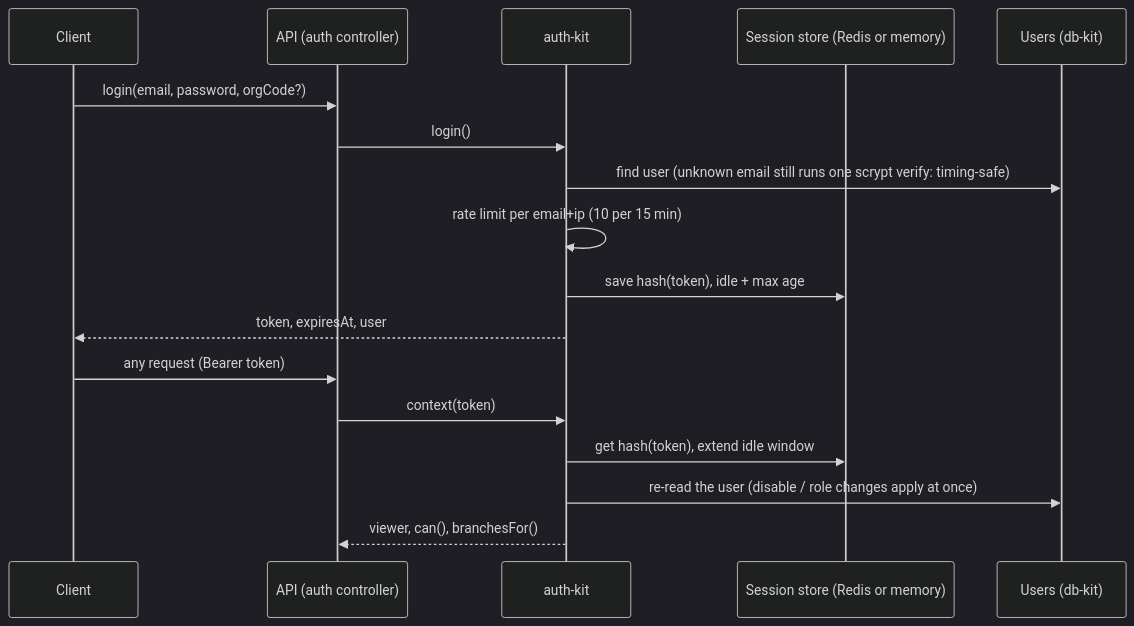
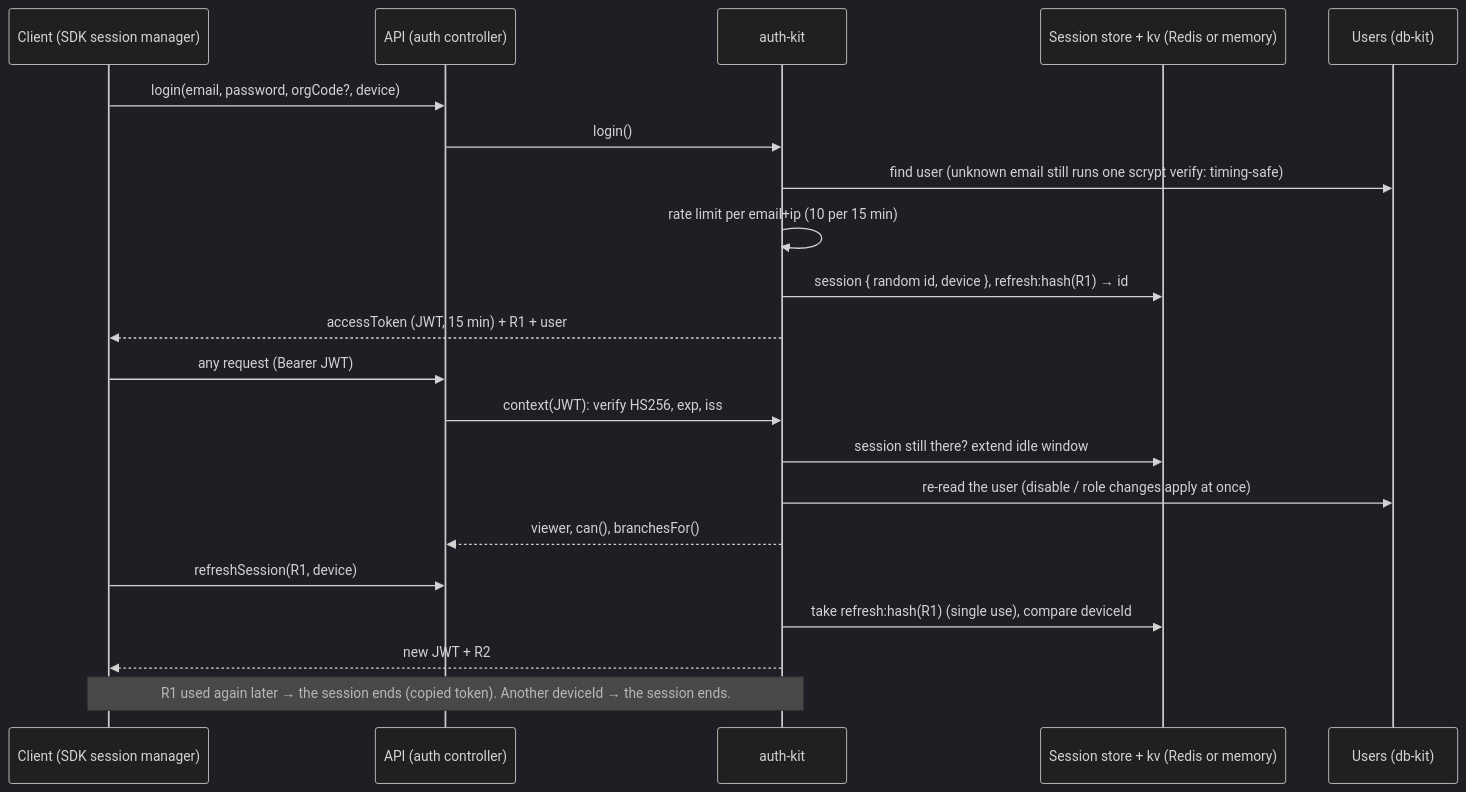
One commit to mgpl-diagnostics/api changed the first of 4 diagrams in docs/06-auth-and-permissions.md. Above: the diagram before and after it, drawn with Mermaid (dark theme). The commit also changed other lines of this file and 40 other files, not shown here.

First line of the commit message:
feat: access + refresh tokens, device binding, worker on Redis + BullMQ (#4)

````diff
--- a/docs/06-auth-and-permissions.md
+++ b/docs/06-auth-and-permissions.md
@@ -8,19 +13,23 @@
 ```mermaid
 sequenceDiagram
-  participant C as Client
+  participant C as Client (SDK session manager)
   participant A as API (auth controller)
   participant K as auth-kit
-  participant S as Session store (Redis or memory)
+  participant S as Session store + kv (Redis or memory)
   participant U as Users (db-kit)
-  C->>A: login(email, password, orgCode?)
+  C->>A: login(email, password, orgCode?, device)
   A->>K: login()
   K->>U: find user (unknown email still runs one scrypt verify: timing-safe)
   K->>K: rate limit per email+ip (10 per 15 min)
-  K->>S: save hash(token), idle + max age
-  K-->>C: token, expiresAt, user
-  C->>A: any request (Bearer token)
-  A->>K: context(token)
-  K->>S: get hash(token), extend idle window
+  K->>S: session { random id, device }, refresh:hash(R1) → id
+  K-->>C: accessToken (JWT, 15 min) + R1 + user
+  C->>A: any request (Bearer JWT)
+  A->>K: context(JWT): verify HS256, exp, iss
+  K->>S: session still there? extend idle window
   K->>U: re-read the user (disable / role changes apply at once)
   K-->>A: viewer, can(), branchesFor()
+  C->>A: refreshSession(R1, device)
+  K->>S: take refresh:hash(R1) (single use), compare deviceId
+  K-->>C: new JWT + R2
+  Note over C,K: R1 used again later → the session ends (copied token). Another deviceId → the session ends.
 ```
````
